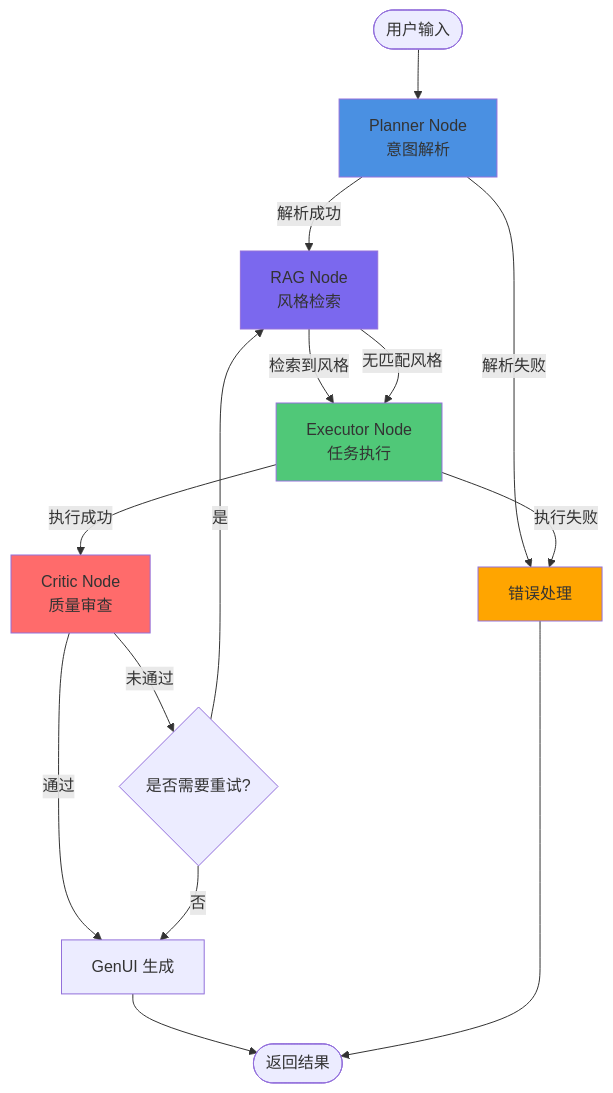
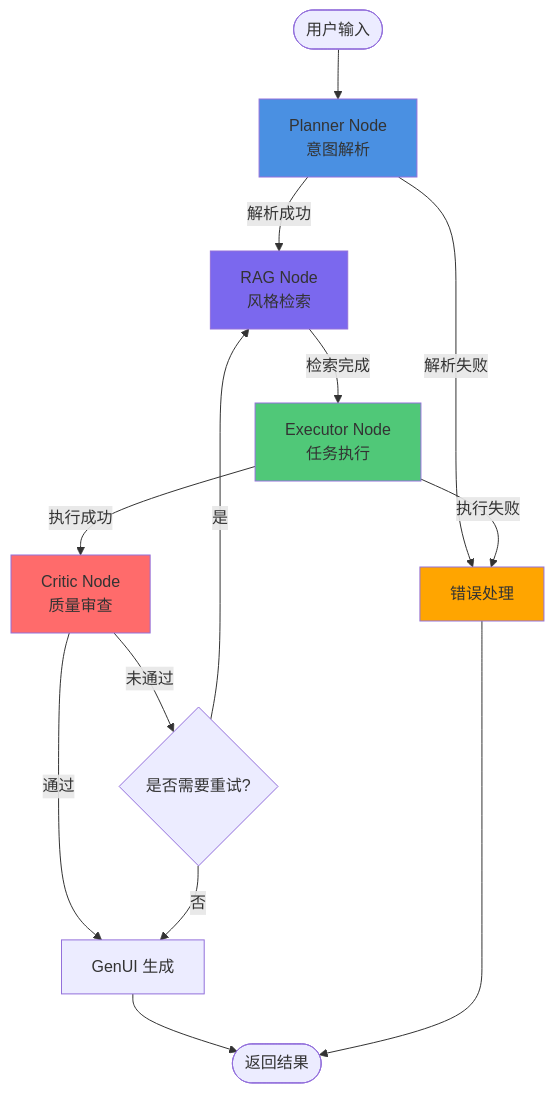
Before and after one commit to xinqingaa/aivista_agent: the second of 2 diagrams in main/server/docs/AGENT_WORKFLOW_DESIGN.md, drawn with Mermaid. The commit also changed other lines of this file and 15 other files, not shown here.

````diff
--- a/main/server/docs/AGENT_WORKFLOW_DESIGN.md
+++ b/main/server/docs/AGENT_WORKFLOW_DESIGN.md
@@ -92,27 +110,26 @@
 ```mermaid
 graph TD
     Start([用户输入]) --> Planner[Planner Node<br/>意图解析]
     Planner -->|解析成功| RAG[RAG Node<br/>风格检索]
     Planner -->|解析失败| ErrorHandler[错误处理]
     
-    RAG -->|检索到风格| Executor[Executor Node<br/>任务执行]
-    RAG -->|无匹配风格| Executor
+    RAG -->|检索完成| Executor[Executor Node<br/>任务执行]
     
     Executor -->|执行成功| Critic[Critic Node<br/>质量审查]
     Executor -->|执行失败| ErrorHandler
     
     Critic -->|通过| GenUI[GenUI 生成]
     Critic -->|未通过| Reroute{是否需要重试?}
     
     Reroute -->|是| RAG
     Reroute -->|否| GenUI
     
     GenUI --> End([返回结果])
     ErrorHandler --> End
     
     style Planner fill:#4a90e2
     style RAG fill:#7b68ee
     style Executor fill:#50c878
     style Critic fill:#ff6b6b
     style ErrorHandler fill:#ffa500
 ```
````
